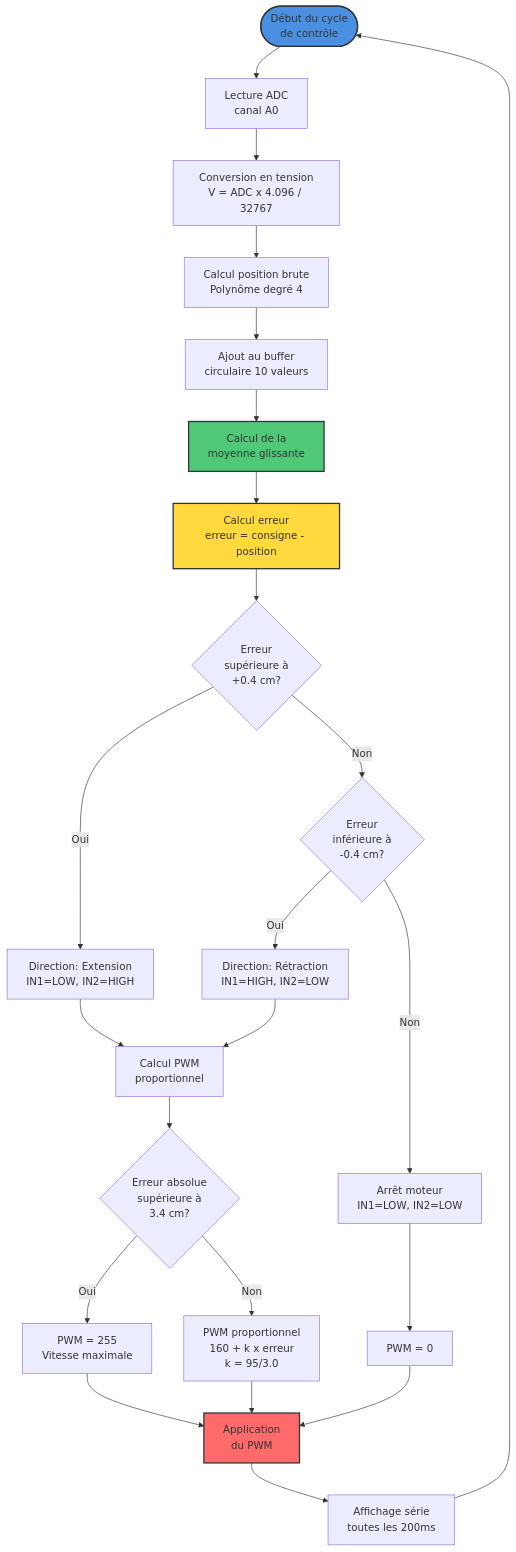
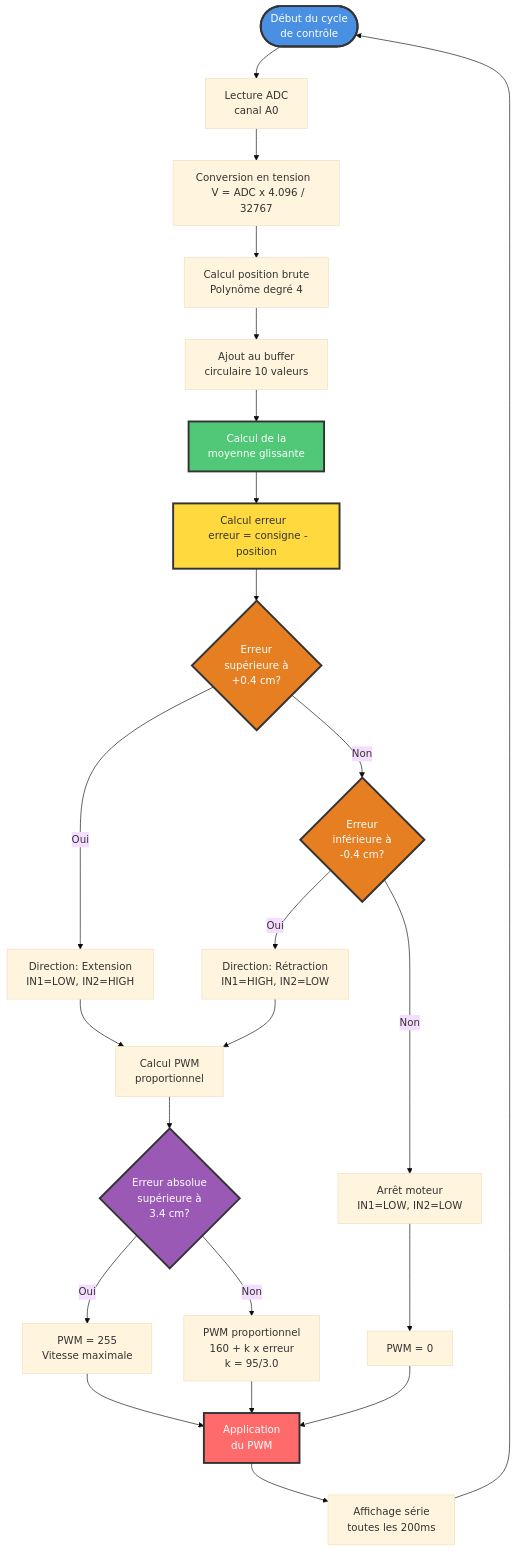
Before and after one commit to axel-g-dev/Projet-Verin-commande: the fourth of 6 diagrams in README.md, drawn with Mermaid. The commit also changed other lines of this file, not shown here.

Commit message:
Increase diagram node sizes and improve readability with larger fonts and padding

````diff
--- a/README.md
+++ b/README.md
@@ -197,38 +207,42 @@
 ```mermaid
+%%{init: {'theme':'base', 'themeVariables': { 'fontSize':'16px', 'fontFamily':'arial'}}}%%
 flowchart TD
-    Start(["Début du cycle<br/>de contrôle"]) --> Read["Lecture ADC<br/>canal A0"]
-    Read --> Convert["Conversion en tension<br/>V = ADC x 4.096 / 32767"]
-    Convert --> Poly["Calcul position brute<br/>Polynôme degré 4"]
+    Start(["  Début du cycle  <br/>  de contrôle  "]) --> Read["  Lecture ADC  <br/>  canal A0  "]
+    Read --> Convert["  Conversion en tension  <br/>  V = ADC x 4.096 / 32767  "]
+    Convert --> Poly["  Calcul position brute  <br/>  Polynôme degré 4  "]
     
-    Poly --> Buffer["Ajout au buffer<br/>circulaire 10 valeurs"]
-    Buffer --> Avg["Calcul de la<br/>moyenne glissante"]
+    Poly --> Buffer["  Ajout au buffer  <br/>  circulaire 10 valeurs  "]
+    Buffer --> Avg["  Calcul de la  <br/>  moyenne glissante  "]
     
-    Avg --> Error["Calcul erreur<br/>erreur = consigne - position"]
+    Avg --> Error["  Calcul erreur  <br/>  erreur = consigne - position  "]
     
-    Error --> Check1{"Erreur<br/>supérieure à<br/>+0.4 cm?"}
-    Check1 -->|"Oui"| Extend["Direction: Extension<br/>IN1=LOW, IN2=HIGH"]
-    Check1 -->|"Non"| Check2{"Erreur<br/>inférieure à<br/>-0.4 cm?"}
+    Error --> Check1{"  Erreur  <br/>  supérieure à  <br/>  +0.4 cm?  "}
+    Check1 -->|"  Oui  "| Extend["  Direction: Extension  <br/>  IN1=LOW, IN2=HIGH  "]
+    Check1 -->|"  Non  "| Check2{"  Erreur  <br/>  inférieure à  <br/>  -0.4 cm?  "}
     
-    Check2 -->|"Oui"| Retract["Direction: Rétraction<br/>IN1=HIGH, IN2=LOW"]
-    Check2 -->|"Non"| Stop["Arrêt moteur<br/>IN1=LOW, IN2=LOW"]
+    Check2 -->|"  Oui  "| Retract["  Direction: Rétraction  <br/>  IN1=HIGH, IN2=LOW  "]
+    Check2 -->|"  Non  "| Stop["  Arrêt moteur  <br/>  IN1=LOW, IN2=LOW  "]
     
-    Extend --> CalcPWM["Calcul PWM<br/>proportionnel"]
+    Extend --> CalcPWM["  Calcul PWM  <br/>  proportionnel  "]
     Retract --> CalcPWM
-    Stop --> PWM0["PWM = 0"]
+    Stop --> PWM0["  PWM = 0  "]
     
-    CalcPWM --> CheckBand{"Erreur absolue<br/>supérieure à<br/>3.4 cm?"}
-    CheckBand -->|"Oui"| MaxPWM["PWM = 255<br/>Vitesse maximale"]
-    CheckBand -->|"Non"| PropPWM["PWM proportionnel<br/>160 + k x erreur<br/>k = 95/3.0"]
+    CalcPWM --> CheckBand{"  Erreur absolue  <br/>  supérieure à  <br/>  3.4 cm?  "}
+    CheckBand -->|"  Oui  "| MaxPWM["  PWM = 255  <br/>  Vitesse maximale  "]
+    CheckBand -->|"  Non  "| PropPWM["  PWM proportionnel  <br/>  160 + k x erreur  <br/>  k = 95/3.0  "]
     
-    MaxPWM --> Apply["Application<br/>du PWM"]
+    MaxPWM --> Apply["  Application  <br/>  du PWM  "]
     PropPWM --> Apply
     PWM0 --> Apply
     
-    Apply --> Display["Affichage série<br/>toutes les 200ms"]
+    Apply --> Display["  Affichage série  <br/>  toutes les 200ms  "]
     Display --> Start
     
-    style Start fill:#4a90e2,stroke:#333,stroke-width:2px
-    style Avg fill:#50c878,stroke:#333,stroke-width:2px
-    style Error fill:#ffd93d,stroke:#333,stroke-width:2px
-    style Apply fill:#ff6b6b,stroke:#333,stroke-width:2px
+    style Start fill:#4a90e2,stroke:#333,stroke-width:3px,color:#fff,padding:20px
+    style Avg fill:#50c878,stroke:#333,stroke-width:3px,color:#fff,padding:20px
+    style Error fill:#ffd93d,stroke:#333,stroke-width:3px,color:#333,padding:20px
+    style Apply fill:#ff6b6b,stroke:#333,stroke-width:3px,color:#fff,padding:20px
+    style Check1 fill:#e67e22,stroke:#333,stroke-width:3px,color:#fff,padding:20px
+    style Check2 fill:#e67e22,stroke:#333,stroke-width:3px,color:#fff,padding:20px
+    style CheckBand fill:#9b59b6,stroke:#333,stroke-width:3px,color:#fff,padding:20px
 ```
````
